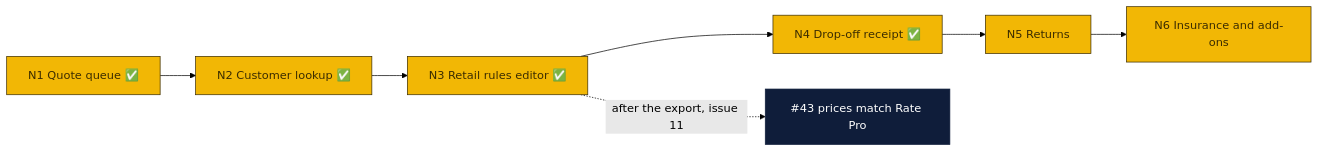
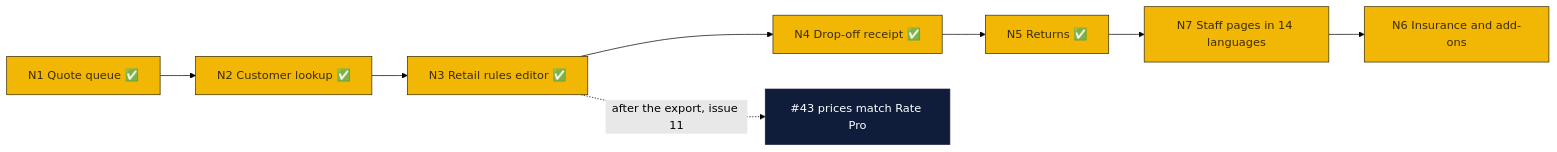
One commit to wbp318/goin-postal-forsythe changed the tenth of 12 diagrams in AGENDA.md. Above: the diagram before and after it, drawn with Mermaid (forest theme). The commit also changed other lines of this file and 9 other files, not shown here.

````diff
--- a/AGENDA.md
+++ b/AGENDA.md
@@ -272,9 +273,9 @@
 ```mermaid
 flowchart LR
-  N1["N1 Quote queue ✅"] --> N2["N2 Customer lookup ✅"] --> N3["N3 Retail rules editor ✅"] --> N4["N4 Drop-off receipt ✅"] --> N5["N5 Returns"] --> N6["N6 Insurance and add-ons"]
+  N1["N1 Quote queue ✅"] --> N2["N2 Customer lookup ✅"] --> N3["N3 Retail rules editor ✅"] --> N4["N4 Drop-off receipt ✅"] --> N5["N5 Returns ✅"] --> N7["N7 Staff pages in 14 languages"] --> N6["N6 Insurance and add-ons"]
   N3 -.->|"after the export, issue 11"| R["#43 prices match Rate Pro"]
   classDef store fill:#f2b705,stroke:#3b2c00,color:#3b2c00
   classDef cloud fill:#0f1d3a,stroke:#0f1d3a,color:#ffffff
-  class N1,N2,N3,N4,N5,N6 store
+  class N1,N2,N3,N4,N5,N6,N7 store
   class R cloud
 ```
````
